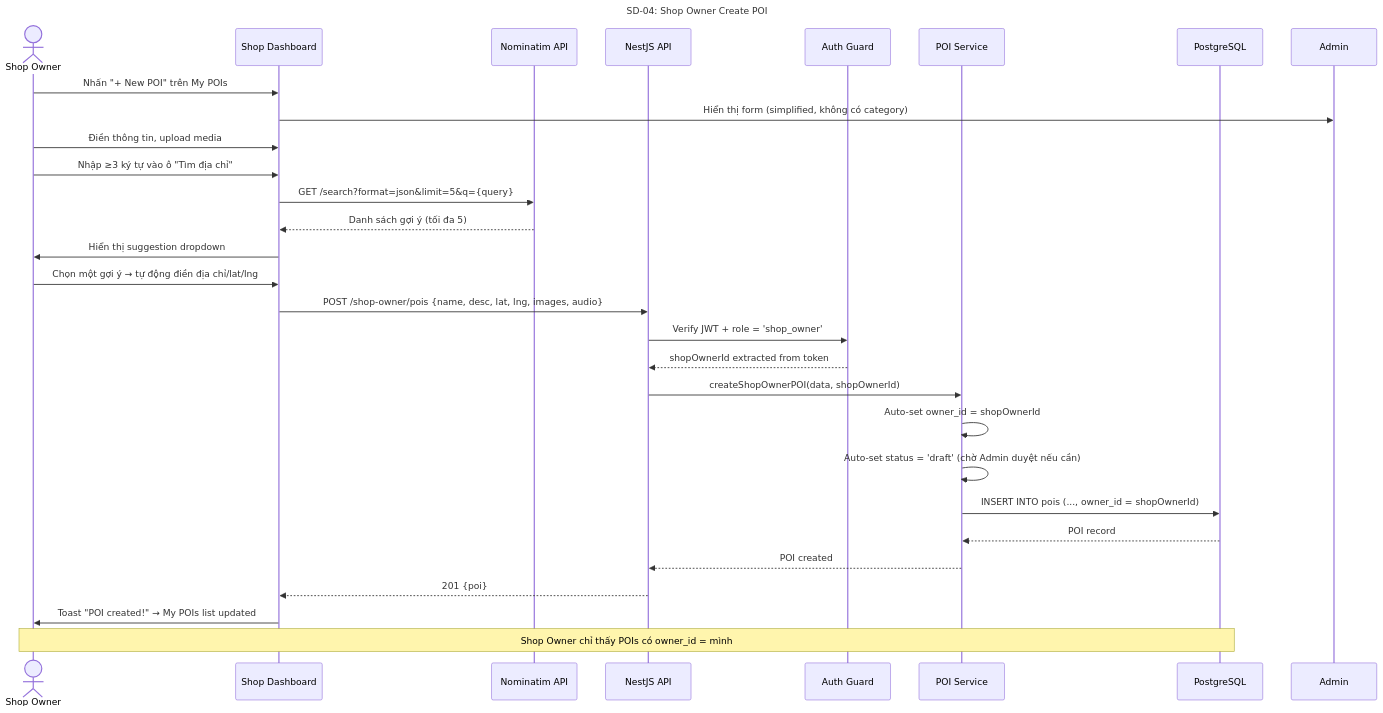
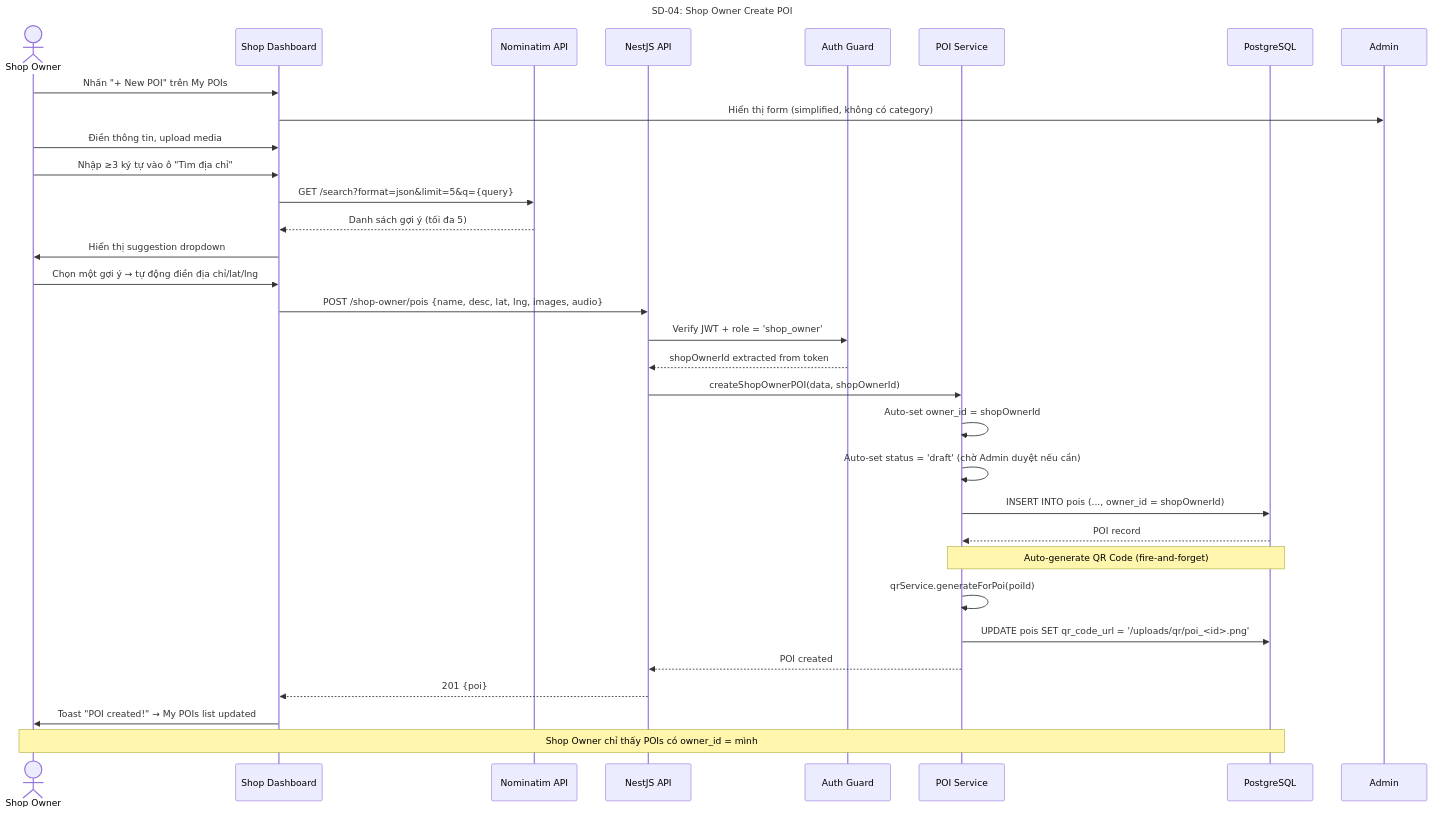
One commit to Ttuandatt/Seminar changed the fourth of 22 diagrams in docs/step3_prd/15_sequence_diagrams.md. Above: the diagram before and after it, drawn with Mermaid. The commit also changed other lines of this file and 15 other files, not shown here.

````diff
--- a/docs/step3_prd/15_sequence_diagrams.md
+++ b/docs/step3_prd/15_sequence_diagrams.md
@@ -196,36 +206,41 @@
 ```mermaid
 sequenceDiagram
     title SD-04: Shop Owner Create POI
     actor SO as Shop Owner
     participant UI as Shop Dashboard
     participant Geo as Nominatim API
     participant API as NestJS API
     participant Guard as Auth Guard
     participant POI as POI Service
     participant DB as PostgreSQL
 
     SO->>UI: Nhấn "+ New POI" trên My POIs
     UI->>Admin: Hiển thị form (simplified, không có category)
 
     SO->>UI: Điền thông tin, upload media
     SO->>UI: Nhập ≥3 ký tự vào ô "Tìm địa chỉ"
     UI->>Geo: GET /search?format=json&limit=5&q={query}
     Geo-->>UI: Danh sách gợi ý (tối đa 5)
     UI->>SO: Hiển thị suggestion dropdown
     SO->>UI: Chọn một gợi ý → tự động điền địa chỉ/lat/lng
     UI->>API: POST /shop-owner/pois {name, desc, lat, lng, images, audio}
     
     API->>Guard: Verify JWT + role = 'shop_owner'
     Guard-->>API: shopOwnerId extracted from token
 
     API->>POI: createShopOwnerPOI(data, shopOwnerId)
     POI->>POI: Auto-set owner_id = shopOwnerId
     POI->>POI: Auto-set status = 'draft' (chờ Admin duyệt nếu cần)
     POI->>DB: INSERT INTO pois (..., owner_id = shopOwnerId)
     DB-->>POI: POI record
+
+    Note over POI, DB: Auto-generate QR Code (fire-and-forget)
+    POI->>POI: qrService.generateForPoi(poiId)
+    POI->>DB: UPDATE pois SET qr_code_url = '/uploads/qr/poi_<id>.png'
+
     POI-->>API: POI created
     API-->>UI: 201 {poi}
     UI->>SO: Toast "POI created!" → My POIs list updated
 
     Note over SO, DB: Shop Owner chỉ thấy POIs có owner_id = mình
 ```
````
